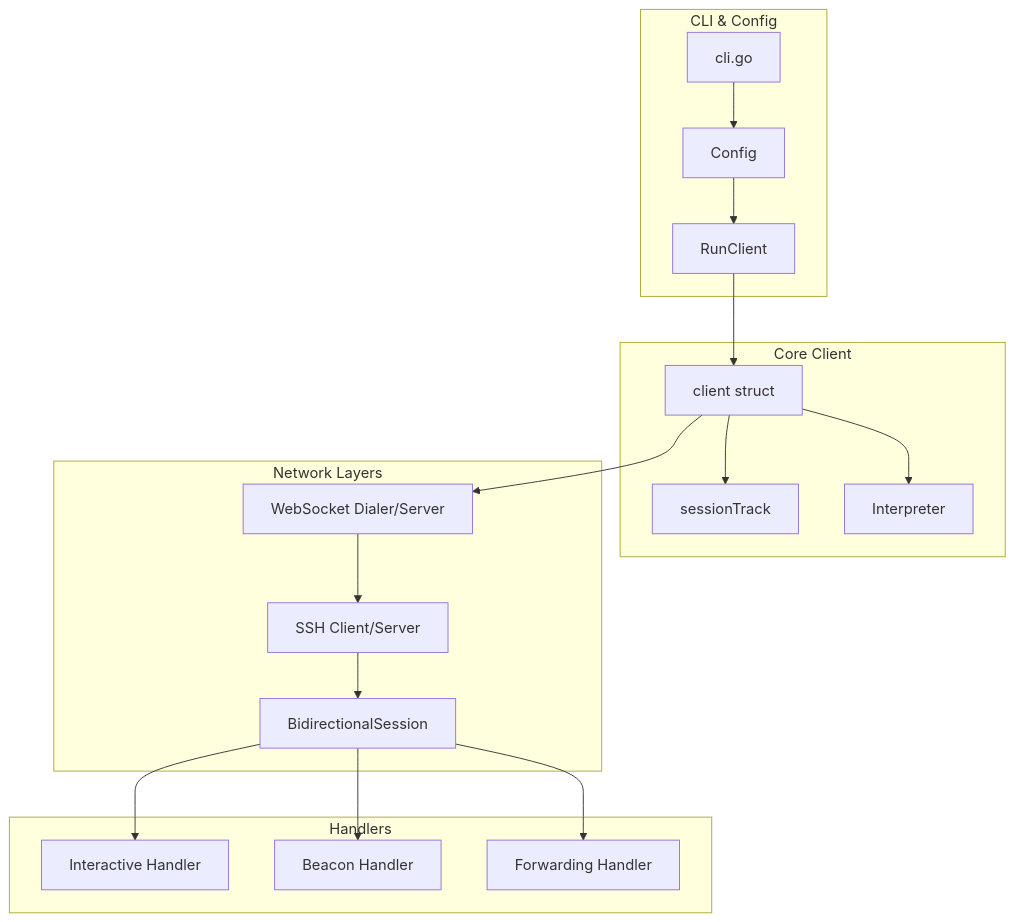
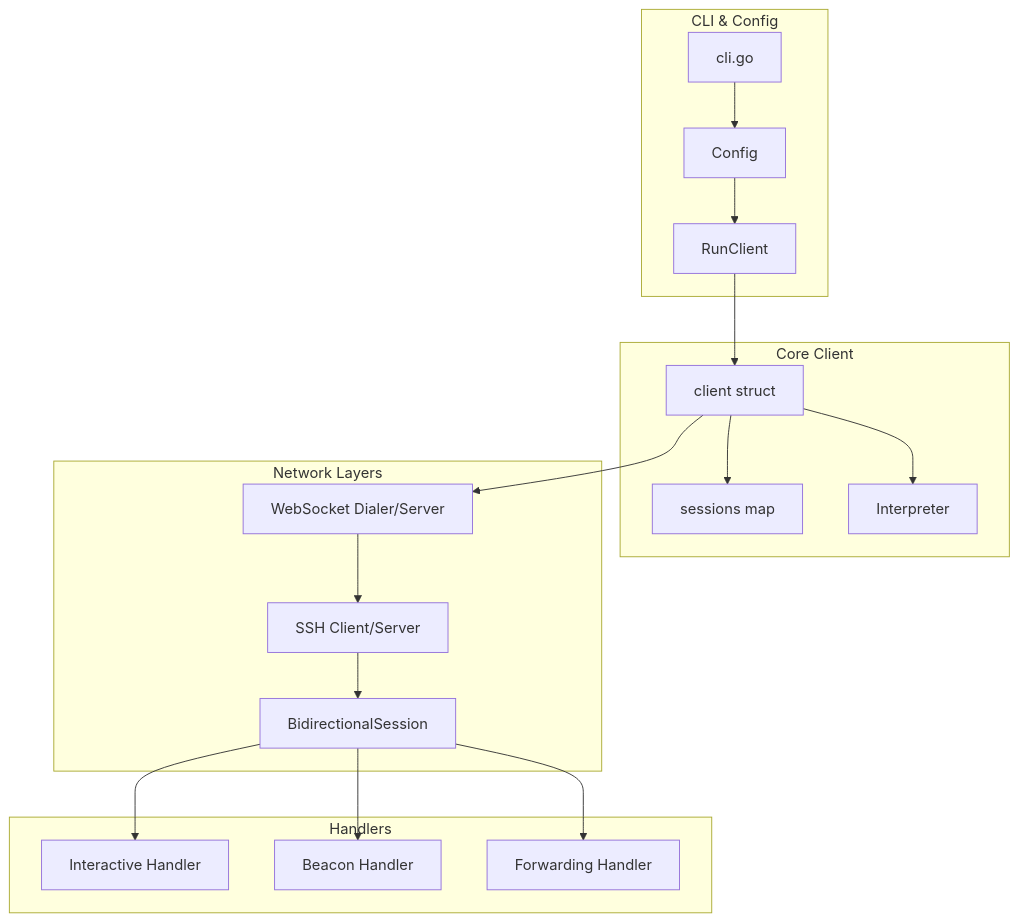
One commit to fuzzbuster/slider changed the first of 5 diagrams in .trae/deepwiki/客户端实现详解.md. Above: the diagram before and after it, drawn with Mermaid. The commit also changed other lines of this file and 17 other files, not shown here.

````diff
--- a/.trae/deepwiki/客户端实现详解.md
+++ b/.trae/deepwiki/客户端实现详解.md
@@ -48,25 +48,25 @@
 ```mermaid
 graph TB
     subgraph "CLI & Config"
         CLI[cli.go] --> CFG[Config]
         CFG --> RUN[RunClient]
     end
 
     subgraph "Core Client"
         RUN --> C[client struct]
-        C --> ST[sessionTrack]
+        C --> ST[sessions map]
         C --> INT[Interpreter]
     end
 
     subgraph "Network Layers"
         C --> WS[WebSocket Dialer/Server]
         WS --> SSH[SSH Client/Server]
         SSH --> SESS[BidirectionalSession]
     end
 
     subgraph "Handlers"
         SESS --> H_INT[Interactive Handler]
         SESS --> H_BEA[Beacon Handler]
         SESS --> H_FWD[Forwarding Handler]
     end
 ```
````
